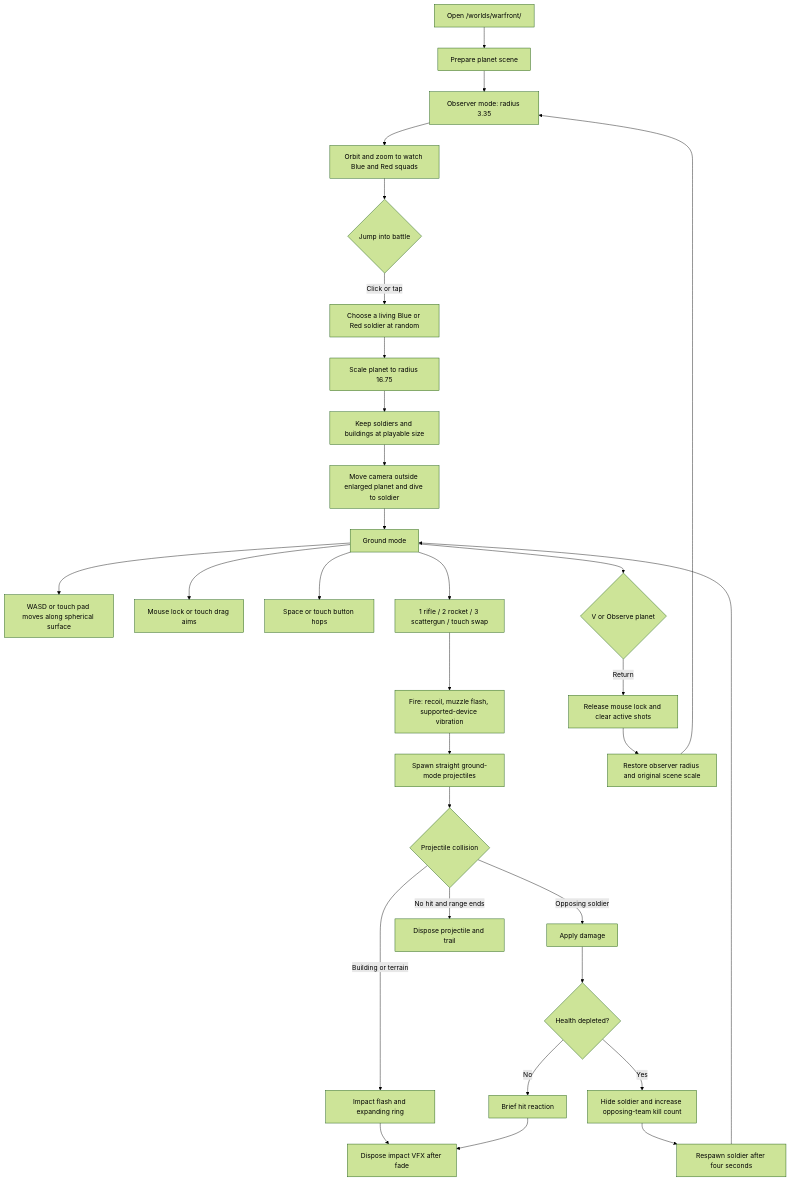
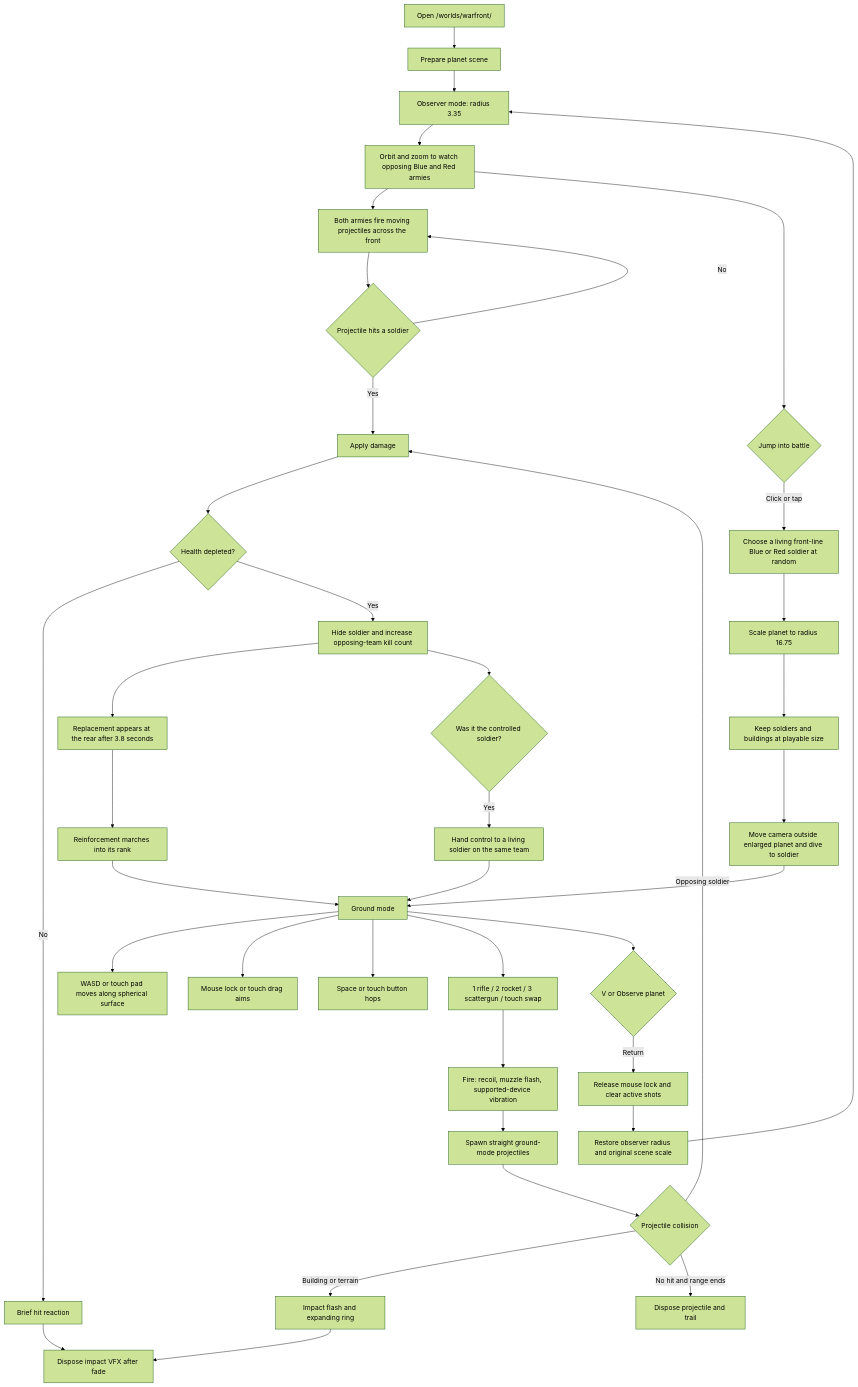
The diagram in docs/WARFRONT_FLOW_MAP.md (Bindo56/Bindo56.github.io), drawn with Mermaid (forest theme) before and after one commit. The commit also changed other lines of this file and 128 other files, not shown here.

````diff
--- a/docs/WARFRONT_FLOW_MAP.md
+++ b/docs/WARFRONT_FLOW_MAP.md
@@ -5,33 +7,41 @@
 ```mermaid
 flowchart TD
   A[Open /worlds/warfront/] --> B[Prepare planet scene]
   B --> C[Observer mode: radius 3.35]
-  C --> D[Orbit and zoom to watch Blue and Red squads]
+  C --> D[Orbit and zoom to watch opposing Blue and Red armies]
+  D --> AI[Both armies fire moving projectiles across the front]
+  AI --> HIT{Projectile hits a soldier}
+  HIT -->|Yes| S
+  HIT -->|No| AI
   D --> E{Jump into battle}
-  E -->|Click or tap| F[Choose a living Blue or Red soldier at random]
+  E -->|Click or tap| F[Choose a living front-line Blue or Red soldier at random]
   F --> G[Scale planet to radius 16.75]
   G --> H[Keep soldiers and buildings at playable size]
   H --> I[Move camera outside enlarged planet and dive to soldier]
   I --> J[Ground mode]
   J --> K[WASD or touch pad moves along spherical surface]
   J --> L[Mouse lock or touch drag aims]
   J --> M[Space or touch button hops]
   J --> N[1 rifle / 2 rocket / 3 scattergun / touch swap]
   N --> O[Fire: recoil, muzzle flash, supported-device vibration]
   O --> P[Spawn straight ground-mode projectiles]
   P --> Q{Projectile collision}
   Q -->|Building or terrain| R[Impact flash and expanding ring]
   Q -->|Opposing soldier| S[Apply damage]
   Q -->|No hit and range ends| T[Dispose projectile and trail]
   S --> U{Health depleted?}
   U -->|No| V[Brief hit reaction]
   U -->|Yes| W[Hide soldier and increase opposing-team kill count]
-  W --> X[Respawn soldier after four seconds]
+  W --> X[Replacement appears at the rear after 3.8 seconds]
+  X --> MARCH[Reinforcement marches into its rank]
+  MARCH --> J
+  W --> PLAYER{Was it the controlled soldier?}
+  PLAYER -->|Yes| HANDOFF[Hand control to a living soldier on the same team]
+  HANDOFF --> J
   R --> Y[Dispose impact VFX after fade]
   V --> Y
-  X --> J
   J --> Z{V or Observe planet}
   Z -->|Return| AA[Release mouse lock and clear active shots]
   AA --> AB[Restore observer radius and original scene scale]
   AB --> C
 ```
````
